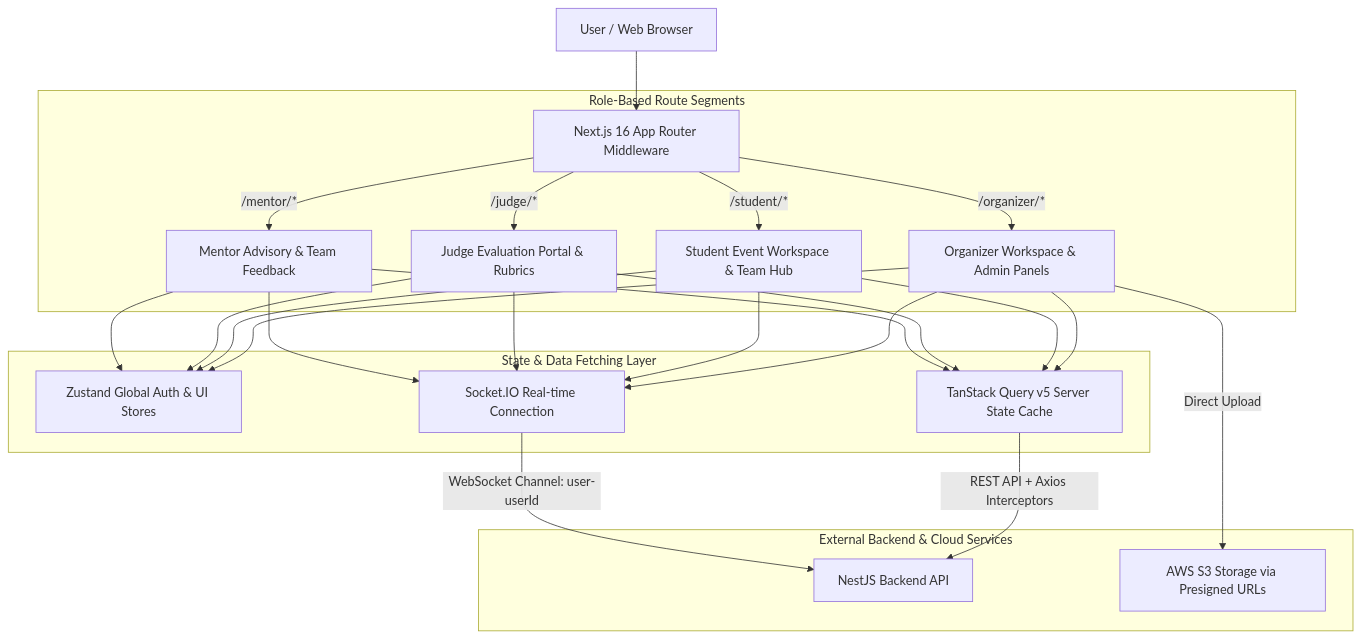
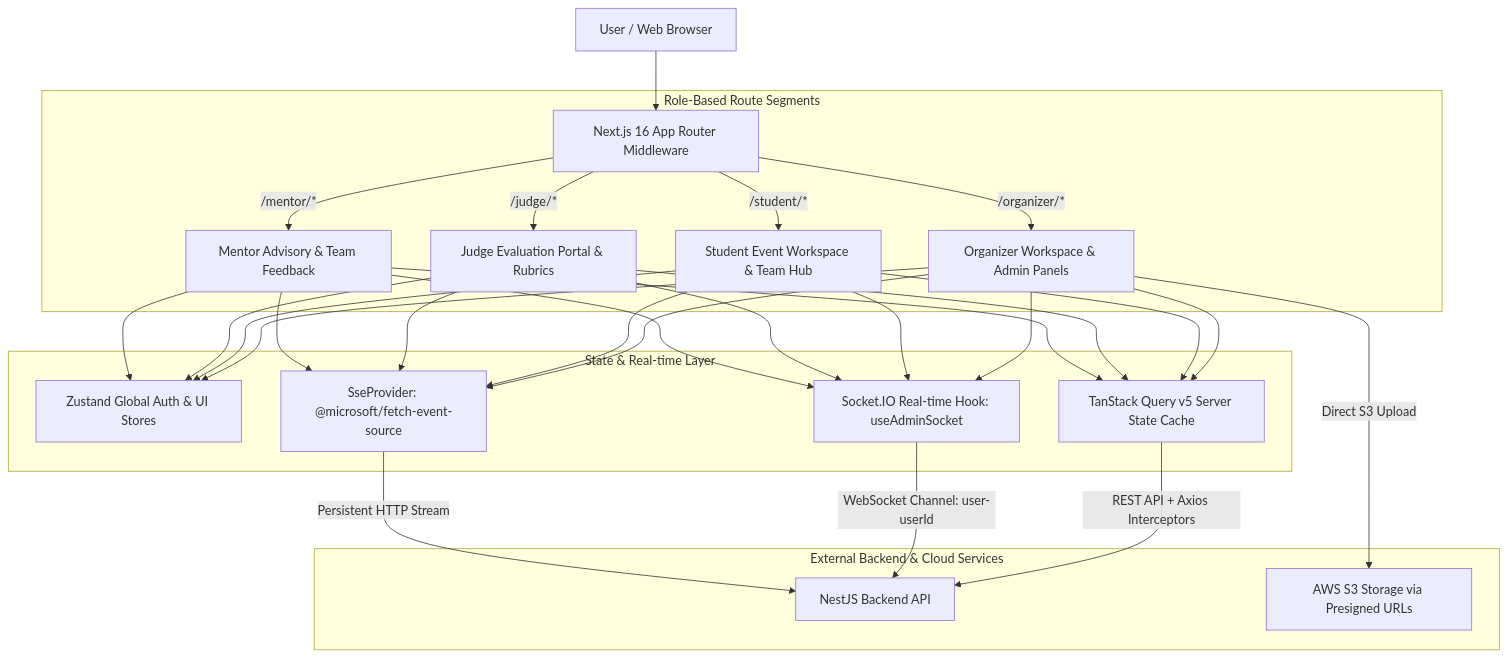
One commit to SEAL-WDP301/FE changed the diagram in README.md. Above: the diagram before and after it, drawn with Mermaid. The commit also changed other lines of this file and 2 other files, not shown here.

````diff
--- a/README.md
+++ b/README.md
@@ -20,23 +31,25 @@
 ```mermaid
 graph TD
     User[User / Web Browser] --> Router[Next.js 16 App Router Middleware]
     
     subgraph "Role-Based Route Segments"
         Router -->|/organizer/*| OrganizerSpace[Organizer Workspace & Admin Panels]
         Router -->|/student/*| StudentSpace[Student Event Workspace & Team Hub]
         Router -->|/judge/*| JudgeSpace[Judge Evaluation Portal & Rubrics]
         Router -->|/mentor/*| MentorSpace[Mentor Advisory & Team Feedback]
     end
 
-    subgraph "State & Data Fetching Layer"
+    subgraph "State & Real-time Layer"
         OrganizerSpace & StudentSpace & JudgeSpace & MentorSpace --> ZustandStore[Zustand Global Auth & UI Stores]
         OrganizerSpace & StudentSpace & JudgeSpace & MentorSpace --> QueryClient[TanStack Query v5 Server State Cache]
-        OrganizerSpace & StudentSpace & JudgeSpace & MentorSpace --> SocketClient[Socket.IO Real-time Connection]
+        OrganizerSpace & StudentSpace & JudgeSpace & MentorSpace --> SocketClient[Socket.IO Real-time Hook: useAdminSocket]
+        OrganizerSpace & StudentSpace & JudgeSpace & MentorSpace --> SSEClient[SseProvider: @microsoft/fetch-event-source]
     end
 
     subgraph "External Backend & Cloud Services"
         QueryClient -->|REST API + Axios Interceptors| BE[NestJS Backend API]
         SocketClient -->|WebSocket Channel: user-userId| BE
-        OrganizerSpace -->|Direct Upload| S3[AWS S3 Storage via Presigned URLs]
+        SSEClient -->|Persistent HTTP Stream| BE
+        OrganizerSpace -->|Direct S3 Upload| S3[AWS S3 Storage via Presigned URLs]
     end
 ```
````
